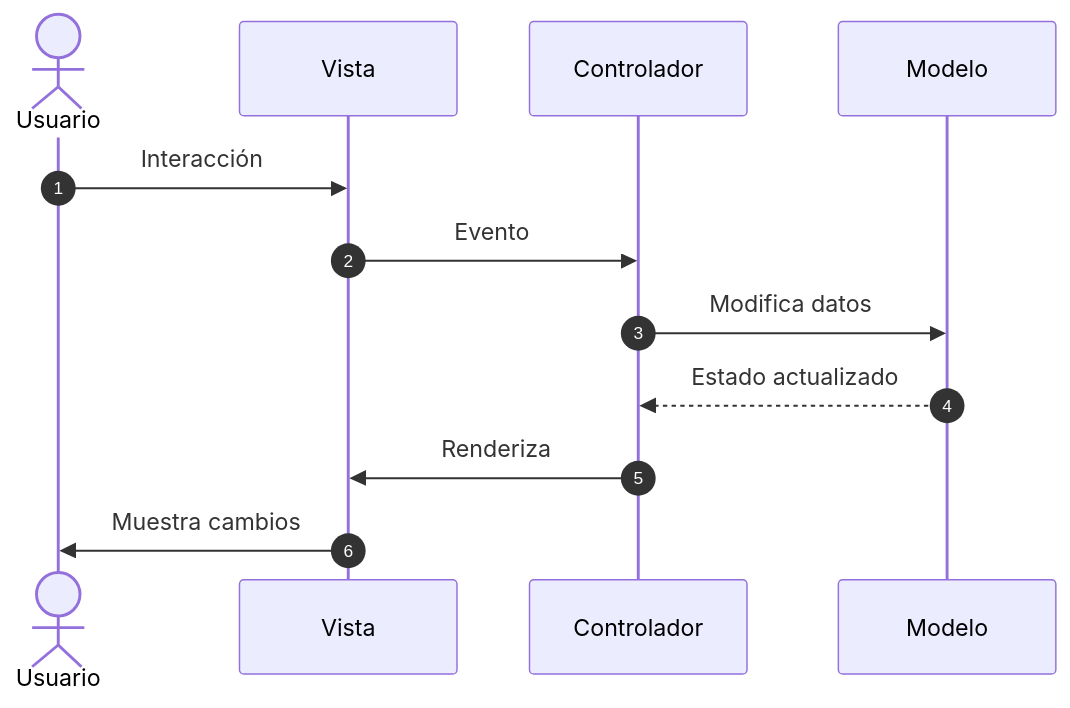
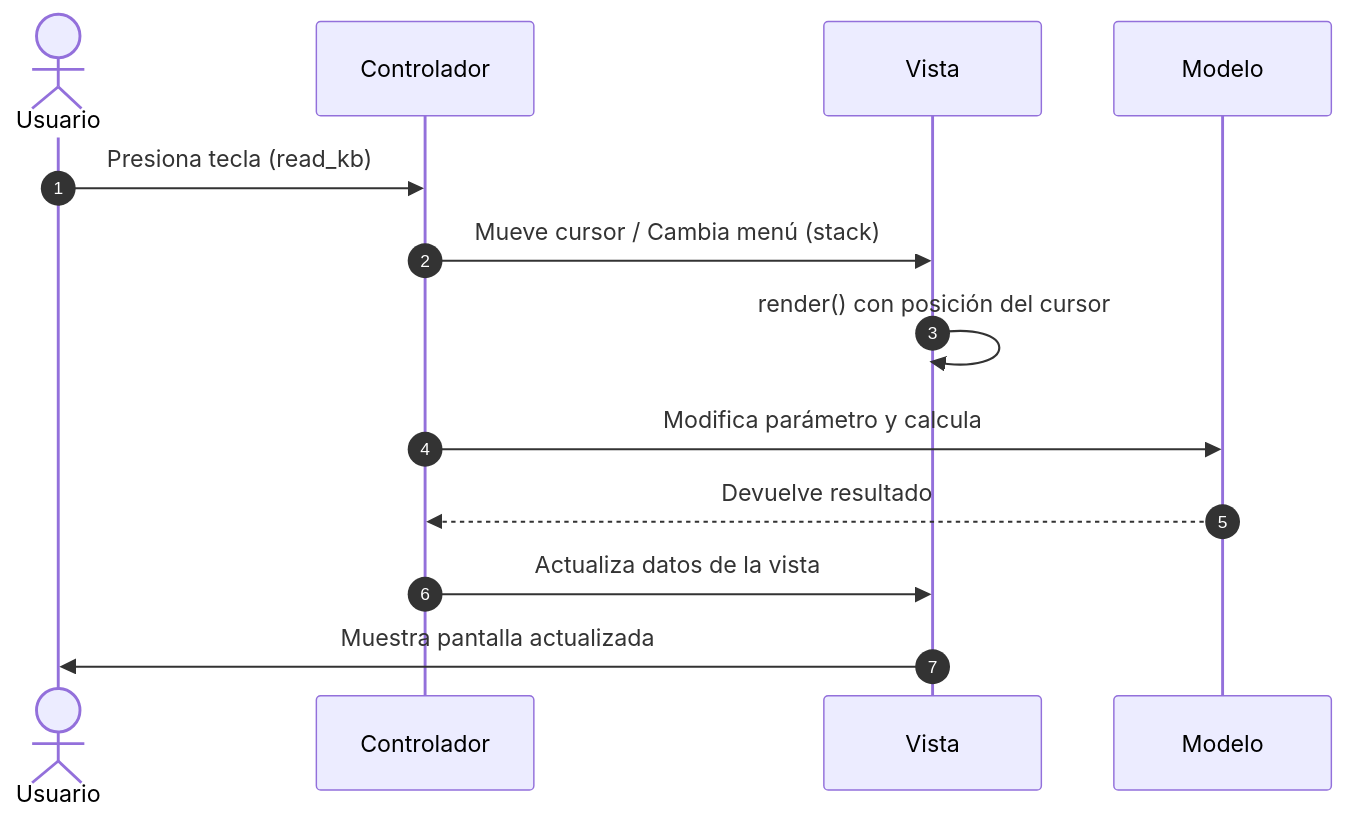
One commit to MarcosBernardC/ohm-tui changed the first of 7 diagrams in README.md. Above: the diagram before and after it, drawn with Mermaid. The commit also changed other lines of this file, not shown here.

Commit message:
docs: ordenar secciones del README para la exposición final.

````diff
--- a/README.md
+++ b/README.md
@@ -13,15 +14,16 @@
 ```mermaid
 sequenceDiagram
-autonumber
-actor usuario as Usuario
-participant vista as Vista
-participant controlador as Controlador
-participant modelo as Modelo
+    autonumber
+    actor usuario as Usuario
+    participant controlador as Controlador
+    participant vista as Vista
+    participant modelo as Modelo
 
-usuario->>vista: Interacción
-vista->>controlador: Evento
-controlador->>modelo: Modifica datos
-modelo-->>controlador: Estado actualizado
-controlador->>vista: Renderiza
-vista->>usuario: Muestra cambios
+    usuario->>controlador: Presiona tecla (read_kb)
+    controlador->>vista: Mueve cursor / Cambia menú (stack)
+    vista->>vista: render() con posición del cursor
+    controlador->>modelo: Modifica parámetro y calcula
+    modelo-->>controlador: Devuelve resultado
+    controlador->>vista: Actualiza datos de la vista
+    vista->>usuario: Muestra pantalla actualizada
 ```
````
